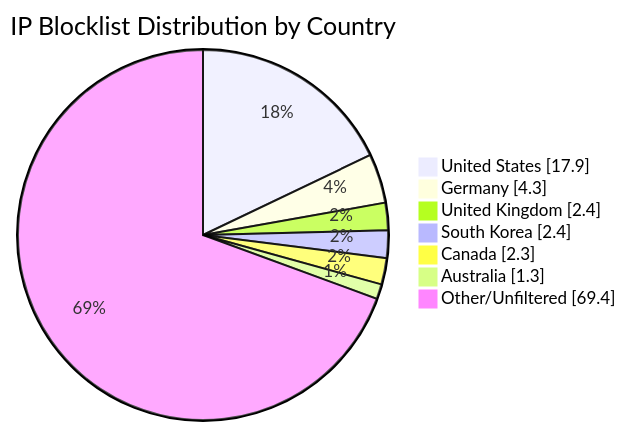
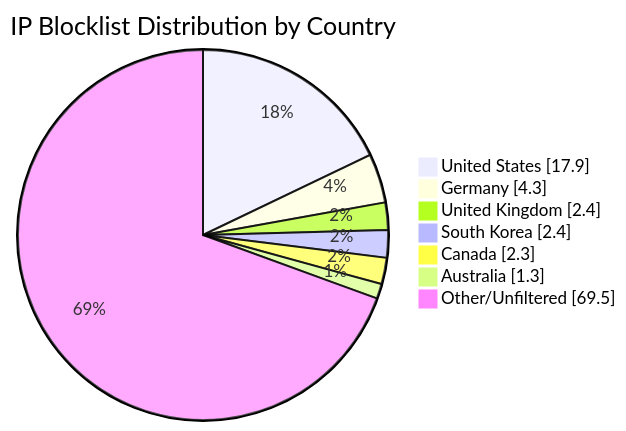
One commit to MarcusHoltz/ipblocklist-geofiltered-aggregator changed the diagram in README.md. Above: the diagram before and after it, drawn with Mermaid. The commit also changed other lines of this file and 9 other files, not shown here.

````diff
--- a/README.md
+++ b/README.md
@@ -34,10 +34,10 @@
 ```mermaid
 pie showData title IP Blocklist Distribution by Country
 "United States" : 17.9
 "Germany" : 4.3
 "United Kingdom" : 2.4
 "South Korea" : 2.4
 "Canada" : 2.3
 "Australia" : 1.3
-"Other/Unfiltered" : 69.4
+"Other/Unfiltered" : 69.5
 ```
````
